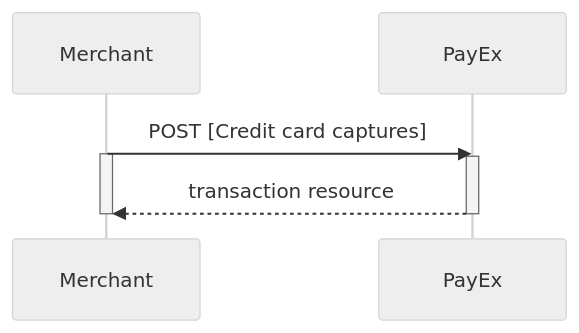
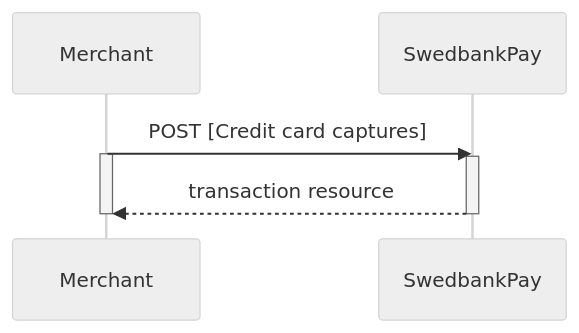
Before and after one commit to SwedbankPay/developer.swedbankpay.com: the first of 10 diagrams in payments/credit-card/after-payment.md, drawn with Mermaid (neutral theme). The commit also changed other lines of this file and 3 other files, not shown here.

````diff
--- a/payments/credit-card/after-payment.md
+++ b/payments/credit-card/after-payment.md
@@ -173,9 +173,9 @@
 ```mermaid
 sequenceDiagram
-  Merchant->>PayEx: POST [Credit card captures]
+  Merchant->>SwedbankPay: POST [Credit card captures]
   Activate Merchant
-  Activate PayEx
-  PayEx-->>Merchant: transaction resource
-  Deactivate PayEx
+  Activate SwedbankPay
+  SwedbankPay-->>Merchant: transaction resource
+  Deactivate SwedbankPay
   Deactivate Merchant
 ```
````
